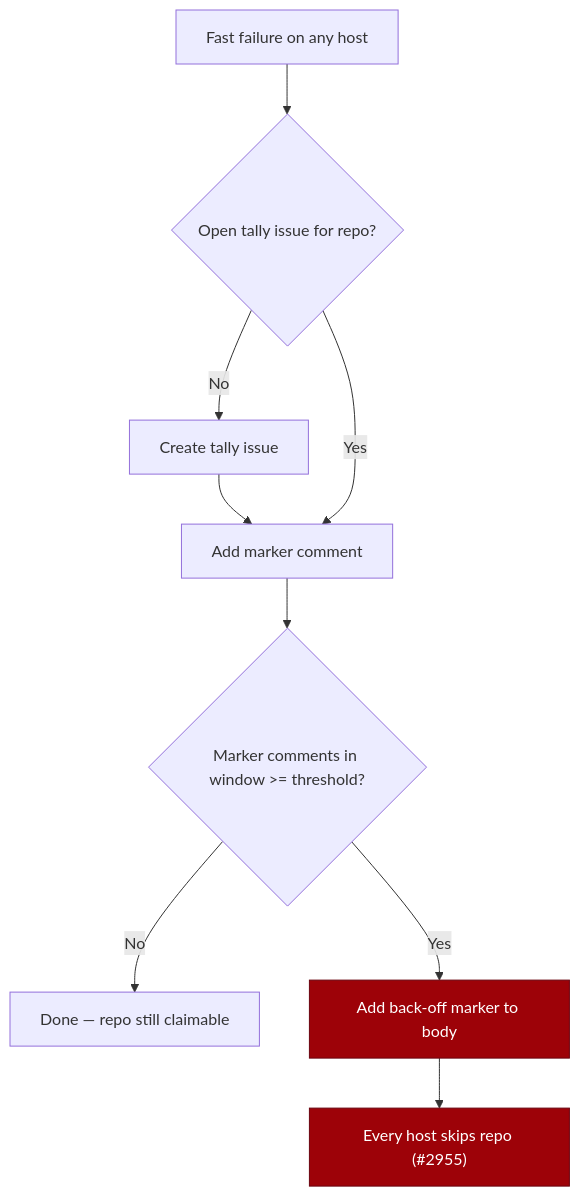
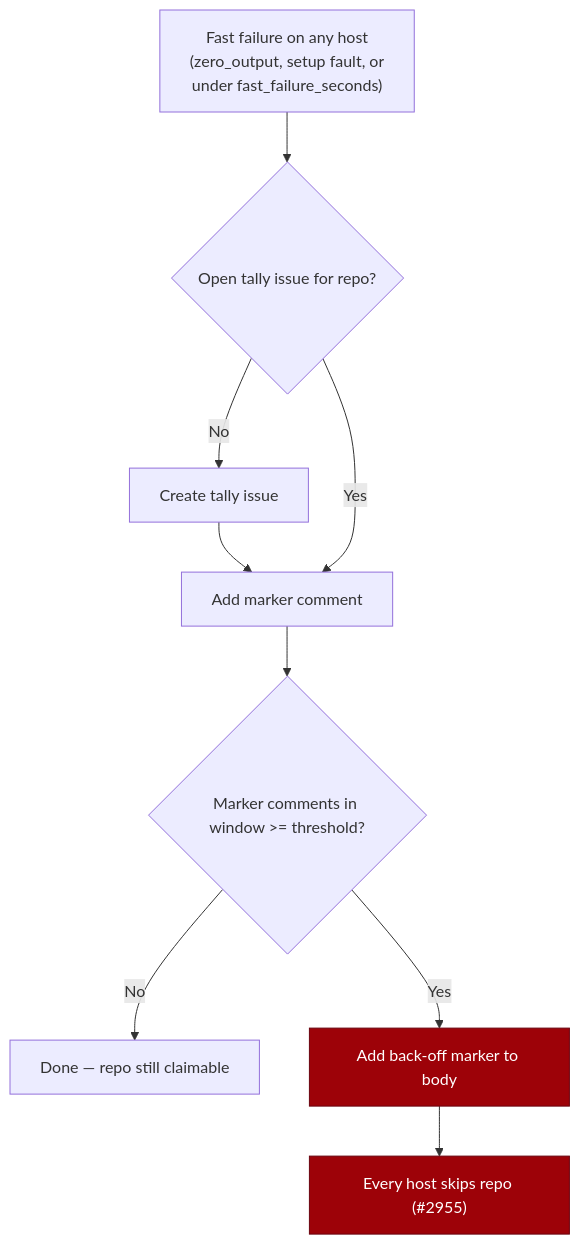
Before and after one commit to stSoftwareAU/VibeCoder: diagram 11 of 28 in docs/CONFIGURATION.md, drawn with Mermaid. The commit also changed other lines of this file and 9 other files, not shown here.

Commit message:
A setup fault releases the issue unlabelled and always counts towards the repo back-off (Issue #2954) (#3012)

````diff
--- a/docs/CONFIGURATION.md
+++ b/docs/CONFIGURATION.md
@@ -2180,11 +2180,11 @@
 ```mermaid
 flowchart TD
-    F["Fast failure on any host"] --> L{"Open tally issue for repo?"}
+    F["Fast failure on any host<br/>(zero_output, setup fault, or<br/>under fast_failure_seconds)"] --> L{"Open tally issue for repo?"}
     L -->|No| N["Create tally issue"] --> C
     L -->|Yes| C["Add marker comment"]
     C --> K{"Marker comments in window >= threshold?"}
     K -->|No| E["Done — repo still claimable"]
     K -->|Yes| B["Add back-off marker to body"] --> H["Every host skips repo (#2955)"]
     style B fill:#9d0208,stroke:#6a040f,color:#fff
     style H fill:#9d0208,stroke:#6a040f,color:#fff
 ```
````
